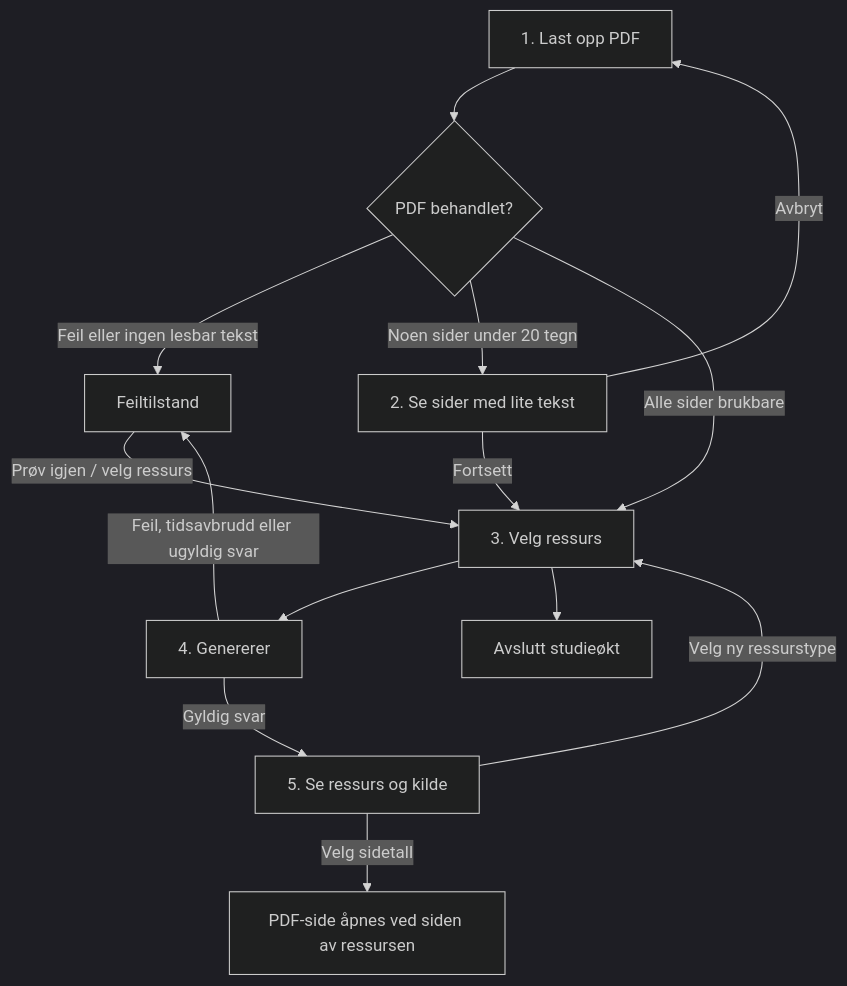
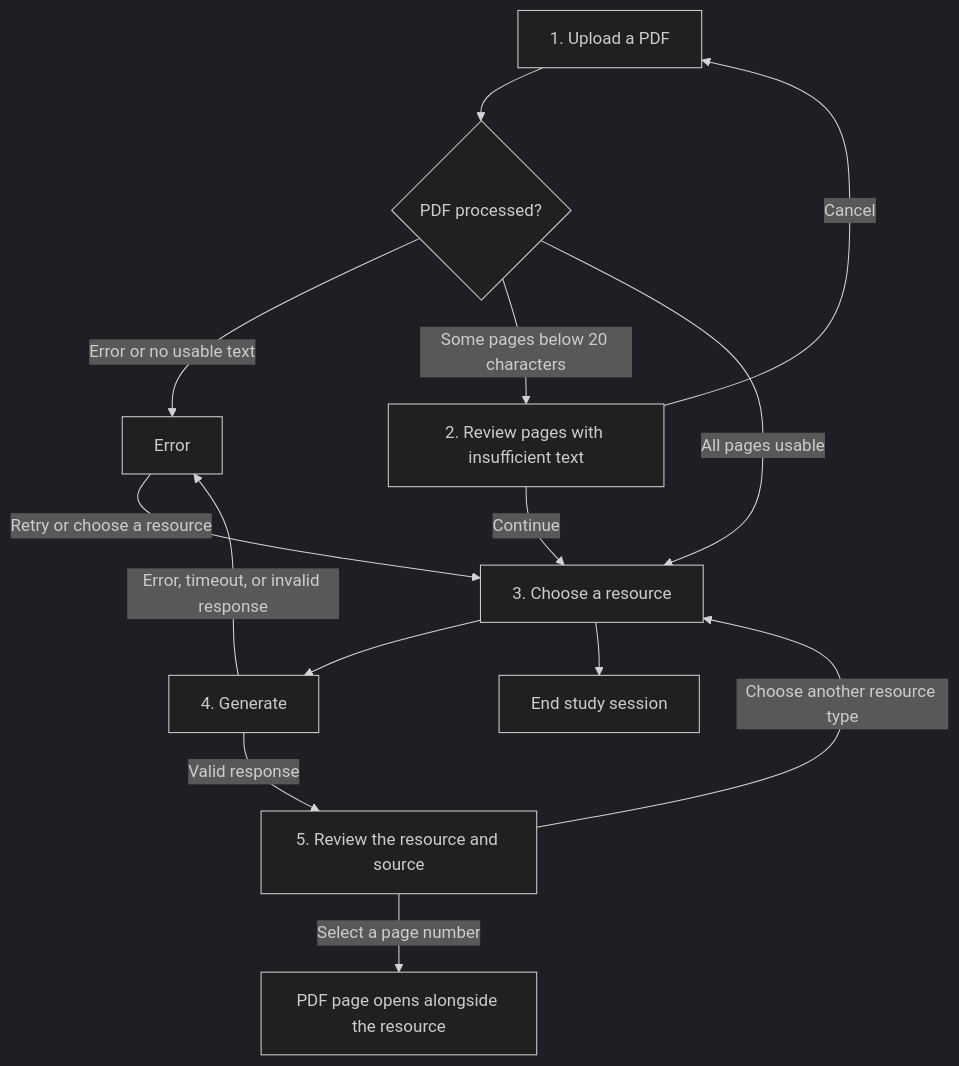
One commit to IBE160-2026/G133-magnussen changed the diagram in .docs/planning-artifacts/ux-designs/ux-AI-Study-Buddy-2026-11-14/screen-sketch.md. Above: the diagram before and after it, drawn with Mermaid (dark theme). The commit also changed other lines of this file and 10 other files, not shown here.

````diff
--- a/.docs/planning-artifacts/ux-designs/ux-AI-Study-Buddy-2026-11-14/screen-sketch.md
+++ b/.docs/planning-artifacts/ux-designs/ux-AI-Study-Buddy-2026-11-14/screen-sketch.md
@@ -15,16 +15,16 @@
 ```mermaid
 flowchart TD
-  A[1. Last opp PDF] --> B{PDF behandlet?}
-  B -- Feil eller ingen lesbar tekst --> E[Feiltilstand]
-  B -- Noen sider under 20 tegn --> C[2. Se sider med lite tekst]
-  B -- Alle sider brukbare --> D[3. Velg ressurs]
-  C -- Fortsett --> D
-  C -- Avbryt --> A
-  D --> F[4. Genererer]
-  F -- Gyldig svar --> G[5. Se ressurs og kilde]
-  F -- Feil, tidsavbrudd eller ugyldig svar --> E
-  G -- Velg sidetall --> H[PDF-side åpnes ved siden av ressursen]
-  G -- Velg ny ressurstype --> D
-  E -- Prøv igjen / velg ressurs --> D
-  D --> I[Avslutt studieøkt]
+  A[1. Upload a PDF] --> B{PDF processed?}
+  B -- Error or no usable text --> E[Error]
+  B -- Some pages below 20 characters --> C[2. Review pages with insufficient text]
+  B -- All pages usable --> D[3. Choose a resource]
+  C -- Continue --> D
+  C -- Cancel --> A
+  D --> F[4. Generate]
+  F -- Valid response --> G[5. Review the resource and source]
+  F -- Error, timeout, or invalid response --> E
+  G -- Select a page number --> H[PDF page opens alongside the resource]
+  G -- Choose another resource type --> D
+  E -- Retry or choose a resource --> D
+  D --> I[End study session]
 ```
````
